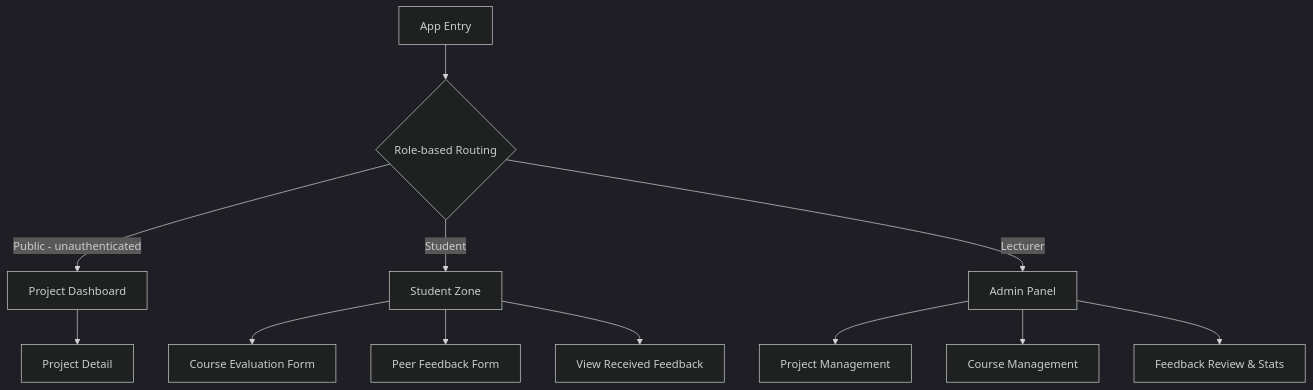
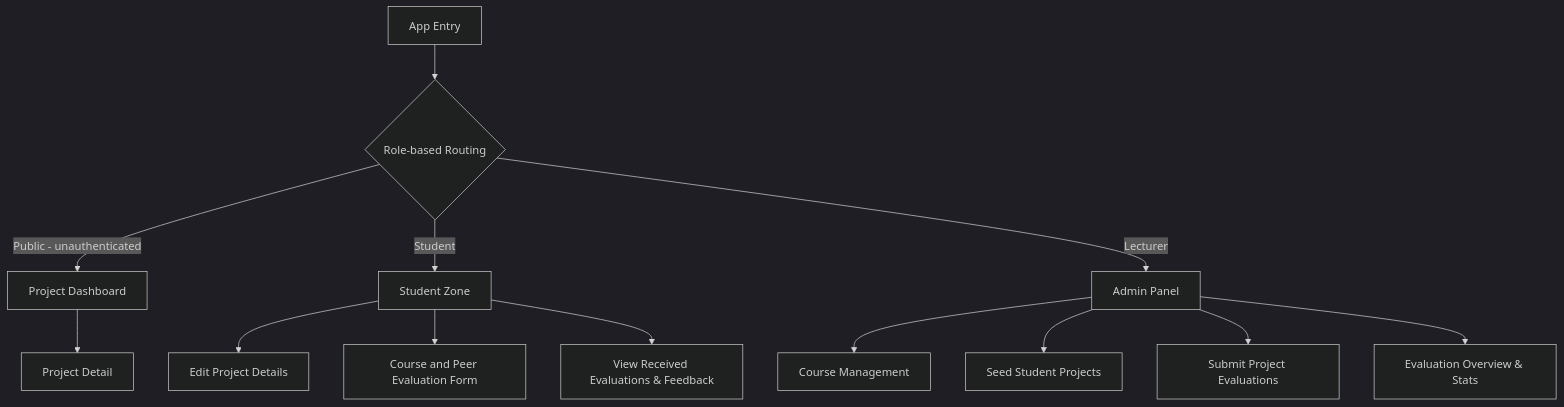
One commit to ljezek/tul-psi changed the diagram in docs/SPECIFICATION.md. Above: the diagram before and after it, drawn with Mermaid (dark theme). The commit also changed other lines of this file and 2 other files, not shown here.

````diff
--- a/docs/SPECIFICATION.md
+++ b/docs/SPECIFICATION.md
@@ -35,17 +41,18 @@
 ```mermaid
 graph TD
     Start[App Entry] --> RoleRoute{Role-based Routing}
     RoleRoute -->|Public - unauthenticated| Dashboard[Project Dashboard]
     RoleRoute -->|Student| StudentZone[Student Zone]
     RoleRoute -->|Lecturer| AdminPanel[Admin Panel]
-    
+
     Dashboard --> ProjectDetail[Project Detail]
-    
-    StudentZone --> CourseEval[Course Evaluation Form]
-    StudentZone --> PeerEval[Peer Feedback Form]
-    StudentZone --> RecFeedback[View Received Feedback]
-    
-    AdminPanel --> ProjMgmt[Project Management]
+
+    StudentZone --> ProjectEdit[Edit Project Details]
+    StudentZone --> EvalForm[Course and Peer Evaluation Form]
+    StudentZone --> RecFeedback[View Received Evaluations & Feedback]
+
     AdminPanel --> CourseMgmt[Course Management]
-    AdminPanel --> FeedbackReview[Feedback Review & Stats]
+    AdminPanel --> ProjectSeed[Seed Student Projects]
+    AdminPanel --> EvalSubmit[Submit Project Evaluations]
+    AdminPanel --> EvalOverview[Evaluation Overview & Stats]
 ```
````
